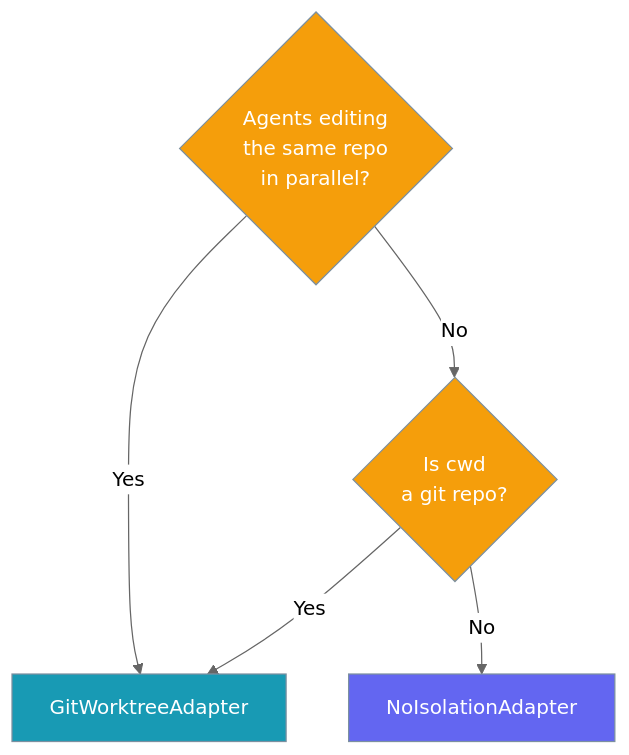
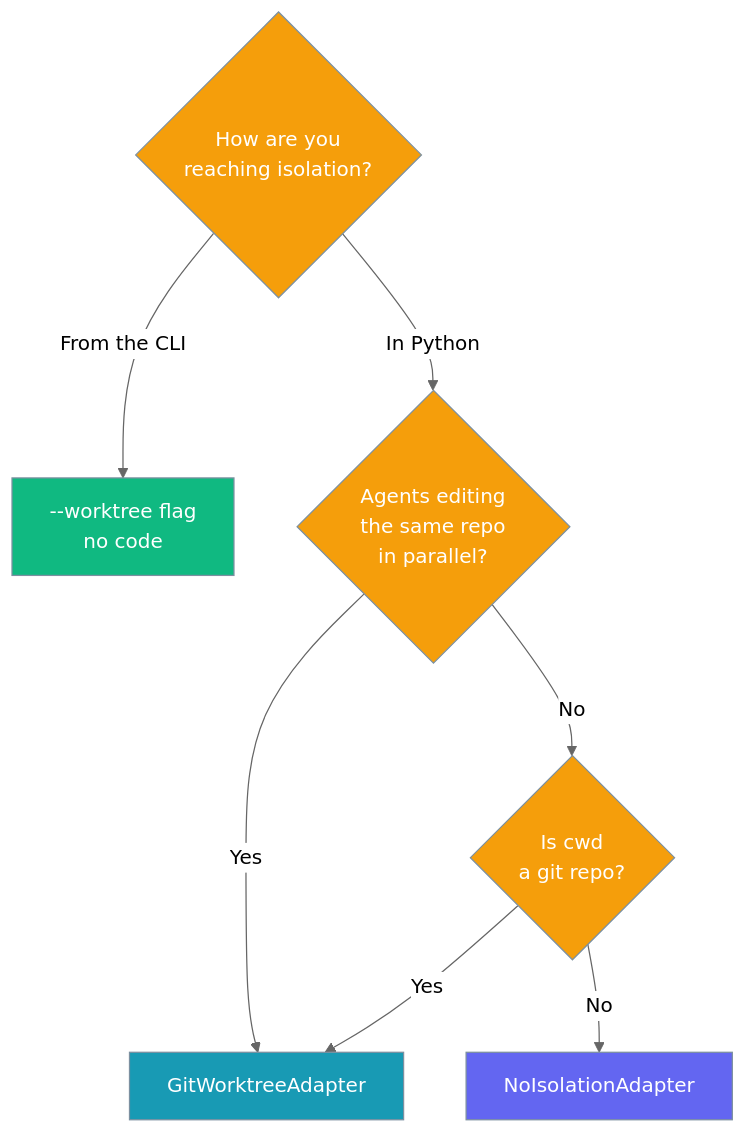
One commit to MervinPraison/PraisonAIDocs changed the fourth of 4 diagrams in docs/features/workspace-isolation.mdx. Above: the diagram before and after it, drawn with Mermaid (neutral theme). The commit also changed other lines of this file and 1 other file, not shown here.

Commit message:
docs: document praisonai run --worktree / --keep CLI flags (fixes #2260)

````diff
--- a/docs/features/workspace-isolation.mdx
+++ b/docs/features/workspace-isolation.mdx
@@ -203,15 +219,19 @@
 ```mermaid
 graph TB
-    Start{Agents editing<br/>the same repo<br/>in parallel?} -->|Yes| Git[GitWorktreeAdapter]
-    Start -->|No| CwdCheck{Is cwd<br/>a git repo?}
+    Start{How are you<br/>reaching isolation?} -->|From the CLI| Cli[--worktree flag<br/>no code]
+    Start -->|In Python| ParallelCheck{Agents editing<br/>the same repo<br/>in parallel?}
+    ParallelCheck -->|Yes| Git[GitWorktreeAdapter]
+    ParallelCheck -->|No| CwdCheck{Is cwd<br/>a git repo?}
     CwdCheck -->|Yes| Git
     CwdCheck -->|No| NoIso[NoIsolationAdapter]
 
     classDef question fill:#F59E0B,stroke:#7C90A0,color:#fff
     classDef git fill:#189AB4,stroke:#7C90A0,color:#fff
     classDef none fill:#6366F1,stroke:#7C90A0,color:#fff
+    classDef cli fill:#10B981,stroke:#7C90A0,color:#fff
 
-    class Start,CwdCheck question
+    class Start,ParallelCheck,CwdCheck question
     class Git git
     class NoIso none
+    class Cli cli
 ```
````
